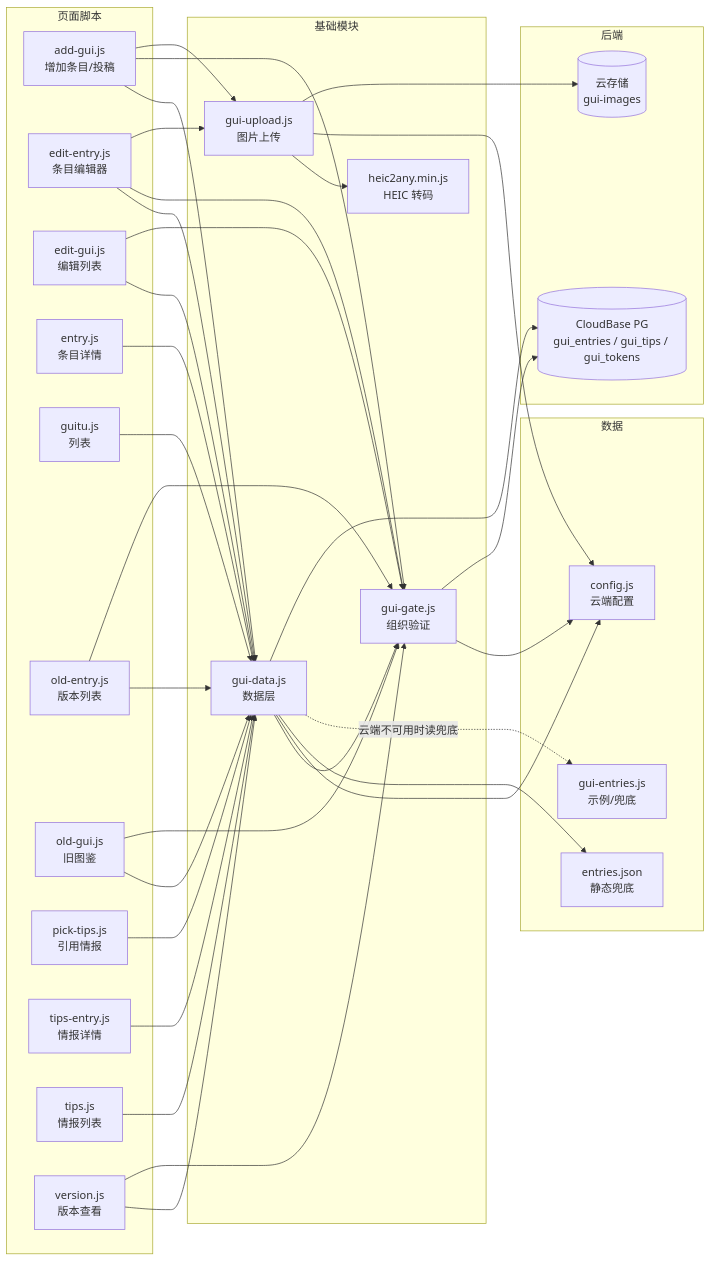
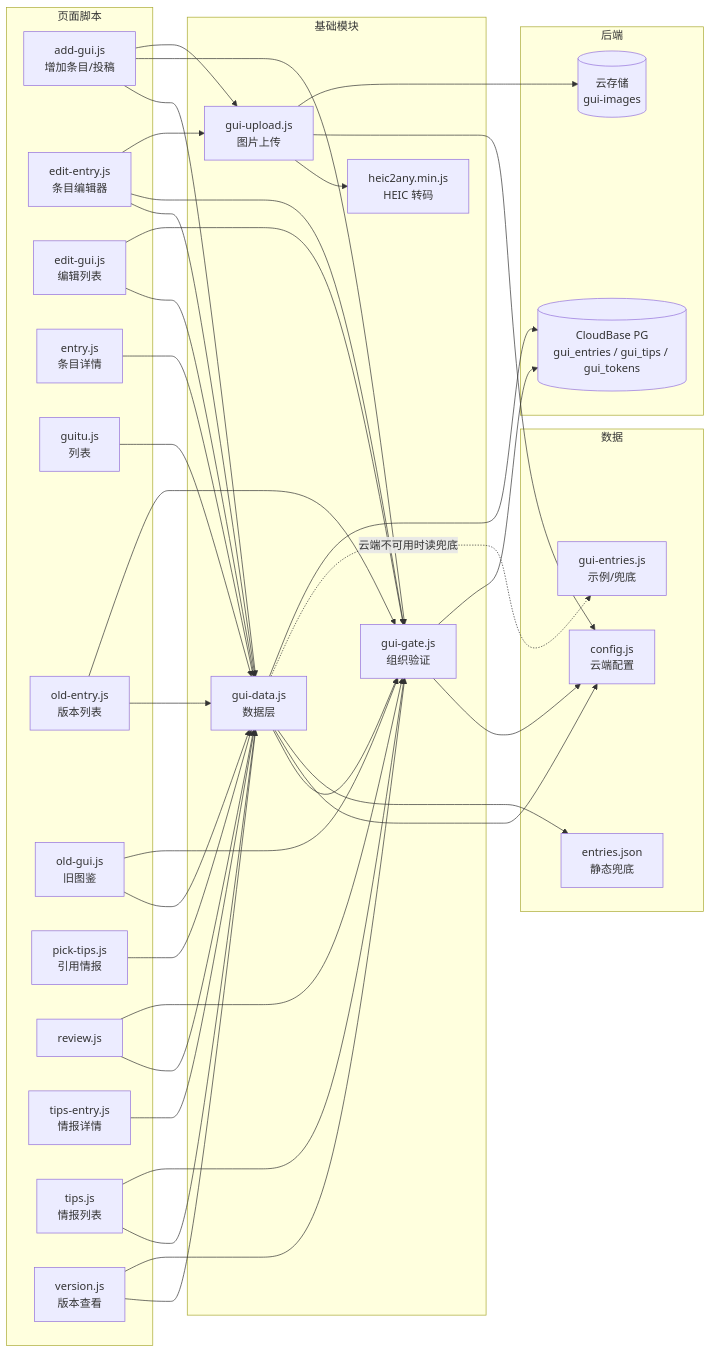
Before and after one commit to cangwu-protect-union/cangwu-protect-union.github.io: the second of 2 diagrams in guitu/架构.md, drawn with Mermaid. The commit also changed other lines of this file and 13 other files, not shown here.

````diff
--- a/guitu/架构.md
+++ b/guitu/架构.md
@@ -83,72 +88,76 @@
 ```mermaid
 flowchart LR
 
   subgraph scriptLayer2["页面脚本"]
     S_add_gui["add-gui.js<br/>增加条目/投稿"]
     S_edit_entry["edit-entry.js<br/>条目编辑器"]
     S_edit_gui["edit-gui.js<br/>编辑列表"]
     S_entry["entry.js<br/>条目详情"]
     S_guitu["guitu.js<br/>列表"]
     S_old_entry["old-entry.js<br/>版本列表"]
     S_old_gui["old-gui.js<br/>旧图鉴"]
     S_pick_tips["pick-tips.js<br/>引用情报"]
+    S_review["review.js"]
     S_tips_entry["tips-entry.js<br/>情报详情"]
     S_tips["tips.js<br/>情报列表"]
     S_version["version.js<br/>版本查看"]
   end
 
   subgraph baseLayer["基础模块"]
     M_gui_data["gui-data.js<br/>数据层"]
     M_gui_gate["gui-gate.js<br/>组织验证"]
     M_gui_upload["gui-upload.js<br/>图片上传"]
     M_heic["heic2any.min.js<br/>HEIC 转码"]
   end
 
   subgraph dataLayer["数据"]
     D_config["config.js<br/>云端配置"]
     D_gui_entries["gui-entries.js<br/>示例/兜底"]
     D_entries["entries.json<br/>静态兜底"]
   end
 
   subgraph backend["后端"]
     DB[("CloudBase PG<br/>gui_entries / gui_tips / gui_tokens")]
     ST[("云存储<br/>gui-images")]
   end
 
   %% 页面脚本 → 基础模块（只画架构依赖）
   S_add_gui --> M_gui_data
   S_add_gui --> M_gui_gate
   S_add_gui --> M_gui_upload
   S_edit_entry --> M_gui_data
   S_edit_entry --> M_gui_gate
   S_edit_entry --> M_gui_upload
   S_edit_gui --> M_gui_data
   S_edit_gui --> M_gui_gate
   S_entry --> M_gui_data
   S_guitu --> M_gui_data
   S_old_entry --> M_gui_data
   S_old_entry --> M_gui_gate
   S_old_gui --> M_gui_data
   S_old_gui --> M_gui_gate
   S_pick_tips --> M_gui_data
+  S_review --> M_gui_data
+  S_review --> M_gui_gate
   S_tips_entry --> M_gui_data
   S_tips --> M_gui_data
+  S_tips --> M_gui_gate
   S_version --> M_gui_data
   S_version --> M_gui_gate
 
   %% 基础模块之间的依赖
   M_gui_data --> M_gui_gate
   M_gui_upload --> M_heic
 
   %% 配置与兜底数据
   M_gui_data --> D_config
   M_gui_gate --> D_config
   M_gui_upload --> D_config
   M_gui_data --> D_entries
   M_gui_data -.云端不可用时读兜底.-> D_gui_entries
 
   %% 后端
   M_gui_data --> DB
   M_gui_gate --> DB
   M_gui_upload --> ST
 ```
````
